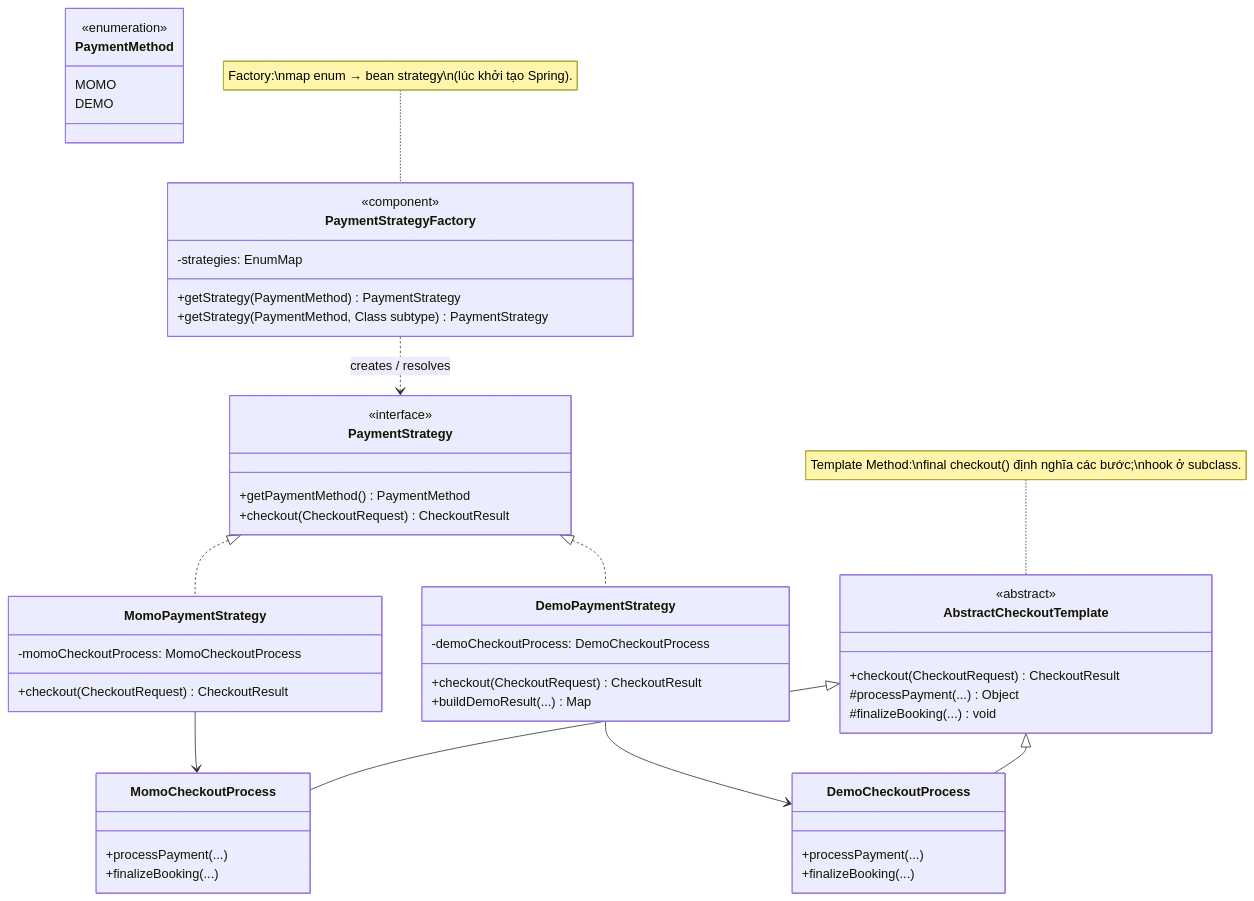
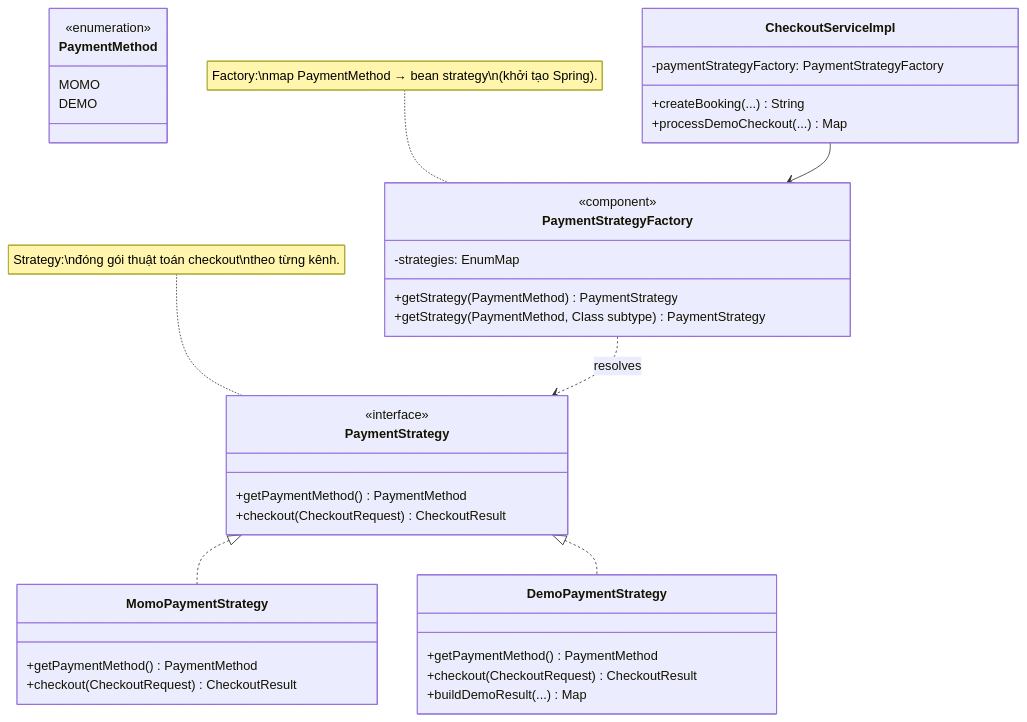
One commit to anhtudayne/Design_Pattern changed the first of 3 diagrams in UML/huy/01-luong-checkout-design-patterns.md. Above: the diagram before and after it, drawn with Mermaid. The commit also changed other lines of this file and 1 other file, not shown here.

Commit message:
update UML

````diff
--- a/UML/huy/01-luong-checkout-design-patterns.md
+++ b/UML/huy/01-luong-checkout-design-patterns.md
@@ -9,64 +9,48 @@
 ```mermaid
 classDiagram
 direction TB
 
 class PaymentMethod {
   <<enumeration>>
   MOMO
   DEMO
 }
 
 class PaymentStrategy {
   <<interface>>
   +getPaymentMethod() PaymentMethod
   +checkout(CheckoutRequest) CheckoutResult
 }
 
 class MomoPaymentStrategy {
-  -momoCheckoutProcess: MomoCheckoutProcess
+  +getPaymentMethod() PaymentMethod
   +checkout(CheckoutRequest) CheckoutResult
 }
 
 class DemoPaymentStrategy {
-  -demoCheckoutProcess: DemoCheckoutProcess
+  +getPaymentMethod() PaymentMethod
   +checkout(CheckoutRequest) CheckoutResult
   +buildDemoResult(...) Map
 }
 
 class PaymentStrategyFactory {
   <<component>>
   -strategies: EnumMap
   +getStrategy(PaymentMethod) PaymentStrategy
   +getStrategy(PaymentMethod, Class subtype) PaymentStrategy
 }
 
+class CheckoutServiceImpl {
+  -paymentStrategyFactory: PaymentStrategyFactory
+  +createBooking(...) String
+  +processDemoCheckout(...) Map
+}
+
 PaymentStrategy <|.. MomoPaymentStrategy
 PaymentStrategy <|.. DemoPaymentStrategy
-PaymentStrategyFactory ..> PaymentStrategy : creates / resolves
+PaymentStrategyFactory ..> PaymentStrategy : resolves
+CheckoutServiceImpl --> PaymentStrategyFactory
 
-MomoPaymentStrategy --> MomoCheckoutProcess
-DemoPaymentStrategy --> DemoCheckoutProcess
-
-class AbstractCheckoutTemplate {
-  <<abstract>>
-  +checkout(CheckoutRequest) CheckoutResult
-  #processPayment(...) Object
-  #finalizeBooking(...) void
-}
-
-class MomoCheckoutProcess {
-  +processPayment(...)
-  +finalizeBooking(...)
-}
-
-class DemoCheckoutProcess {
-  +processPayment(...)
-  +finalizeBooking(...)
-}
-
-AbstractCheckoutTemplate <|-- MomoCheckoutProcess
-AbstractCheckoutTemplate <|-- DemoCheckoutProcess
-
-note for AbstractCheckoutTemplate "Template Method:\nfinal checkout() định nghĩa các bước;\nhook ở subclass."
-note for PaymentStrategyFactory "Factory:\nmap enum → bean strategy\n(lúc khởi tạo Spring)."
+note for PaymentStrategy "Strategy:\nđóng gói thuật toán checkout\ntheo từng kênh."
+note for PaymentStrategyFactory "Factory:\nmap PaymentMethod → bean strategy\n(khởi tạo Spring)."
 ```
````
